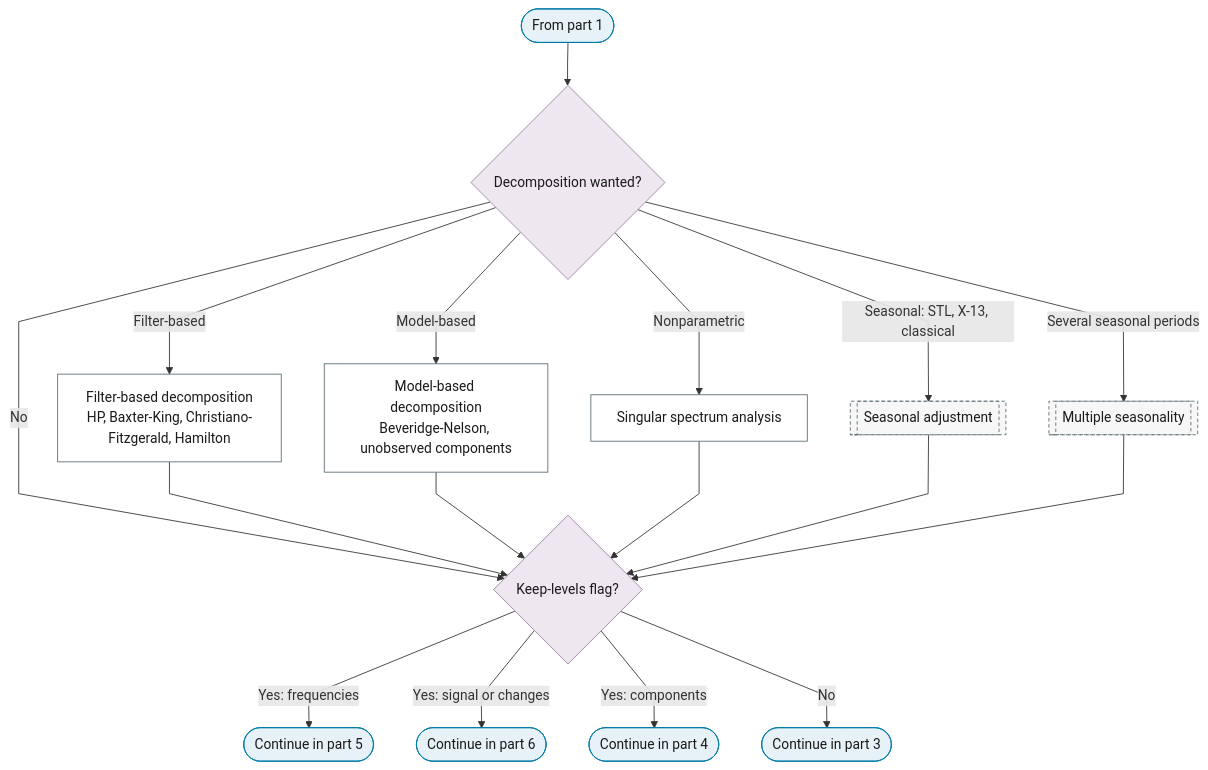
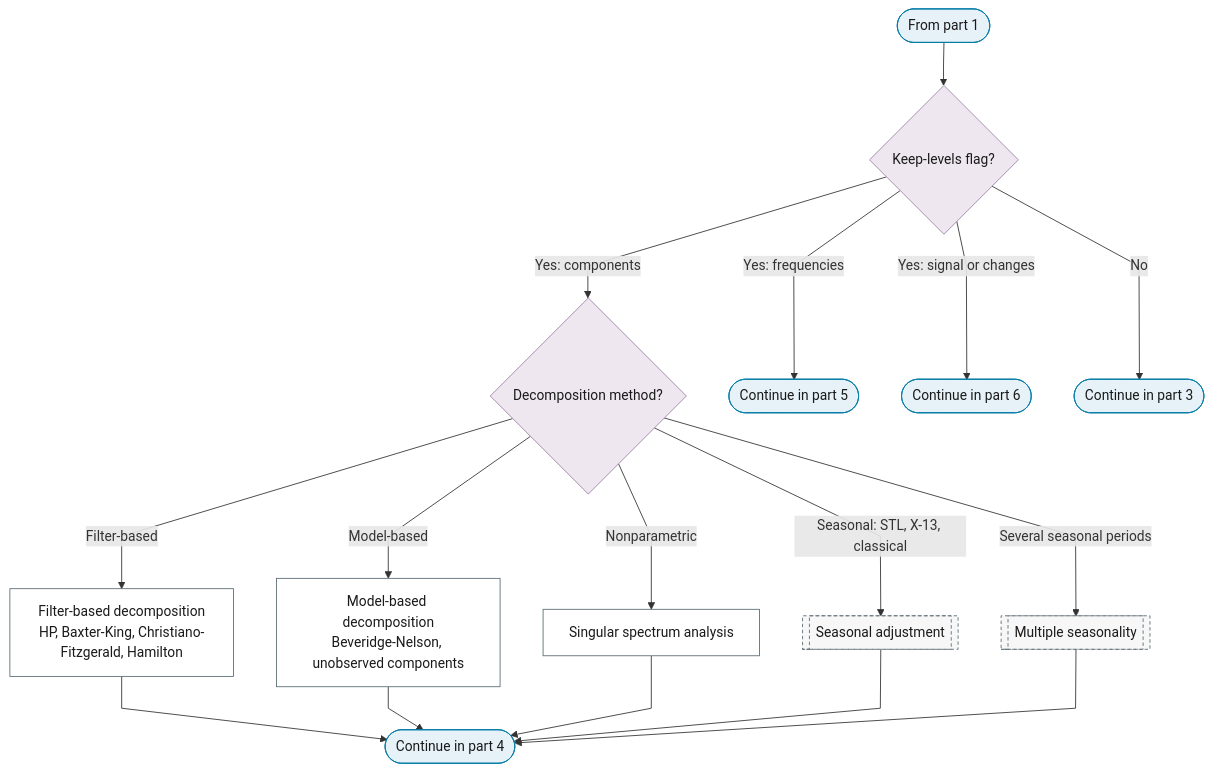
The second of 6 diagrams in docs/01-workflow/p04-transformations.md (Shuxin-Y/time-series-analysis-manual), drawn with Mermaid before and after one commit. The commit also changed other lines of this file and 14 other files, not shown here.

````diff
--- a/docs/01-workflow/p04-transformations.md
+++ b/docs/01-workflow/p04-transformations.md
@@ -49,29 +49,29 @@
 ```mermaid
 %%{init: {"flowchart": {"curve": "linear"}}}%%
 graph TD
-    P4_PART_2_IN(["From part 1"]) --> P4_DECOMP{"Decomposition wanted?"}
+    P4_PART_2_IN(["From part 1"]) --> P4_KEEP_LEVELS{"Keep-levels flag?"}
+    P4_KEEP_LEVELS -->|"Yes: components"| P4_DECOMP{"Decomposition method?"}
+    P4_KEEP_LEVELS -->|"Yes: frequencies"| P4_TO_PART_5(["Continue in part 5"])
+    P4_KEEP_LEVELS -->|"Yes: signal or changes"| P4_TO_PART_6(["Continue in part 6"])
+    P4_KEEP_LEVELS -->|"No"| P4_TO_PART_3(["Continue in part 3"])
     P4_DECOMP -->|"Filter-based"| P4_FILTER_DECOMPOSITION["Filter-based decomposition<br/>HP, Baxter-King, Christiano-Fitzgerald, Hamilton"]
     P4_DECOMP -->|"Model-based"| P4_MODEL_DECOMPOSITION["Model-based decomposition<br/>Beveridge-Nelson, unobserved components"]
     P4_DECOMP -->|"Nonparametric"| P4_SSA["Singular spectrum analysis"]
     P4_DECOMP -->|"Seasonal: STL, X-13, classical"| P4_SEASONAL_ADJUSTMENT[["Seasonal adjustment"]]
     P4_DECOMP -->|"Several seasonal periods"| P4_MULTIPLE_SEASONALITY[["Multiple seasonality"]]
-    P4_DECOMP -->|"No"| P4_KEEP_LEVELS
-    P4_FILTER_DECOMPOSITION & P4_MODEL_DECOMPOSITION & P4_SSA --> P4_KEEP_LEVELS
-    P4_SEASONAL_ADJUSTMENT & P4_MULTIPLE_SEASONALITY --> P4_KEEP_LEVELS{"Keep-levels flag?"}
-    P4_KEEP_LEVELS -->|"Yes: frequencies"| P4_TO_PART_5(["Continue in part 5"])
-    P4_KEEP_LEVELS -->|"Yes: signal or changes"| P4_TO_PART_6(["Continue in part 6"])
-    P4_KEEP_LEVELS -->|"Yes: components"| P4_COMPONENTS_TO_PART_4(["Continue in part 4"])
-    P4_KEEP_LEVELS -->|"No"| P4_TO_PART_3(["Continue in part 3"])
+    P4_FILTER_DECOMPOSITION & P4_MODEL_DECOMPOSITION & P4_SSA --> P4_COMPONENTS_TO_PART_4
+    P4_SEASONAL_ADJUSTMENT & P4_MULTIPLE_SEASONALITY --> P4_COMPONENTS_TO_PART_4
+    P4_COMPONENTS_TO_PART_4(["Continue in part 4"])
     class P4_PART_2_IN,P4_TO_PART_5,P4_TO_PART_6,P4_COMPONENTS_TO_PART_4,P4_TO_PART_3 terminator
     class P4_DECOMP,P4_KEEP_LEVELS decision
     class P4_FILTER_DECOMPOSITION,P4_MODEL_DECOMPOSITION,P4_SSA process
     class P4_SEASONAL_ADJUSTMENT,P4_MULTIPLE_SEASONALITY ref
     classDef terminator fill:#E6F2F7,stroke:#007BA7,color:#1A1A1A;
     classDef process fill:#FFFFFF,stroke:#5A6B73,color:#1A1A1A;
     classDef decision fill:#EFE7F0,stroke:#9B7FA7,color:#1A1A1A;
     classDef data fill:#FFF4E0,stroke:#C9A55E,color:#1A1A1A;
     classDef good fill:#DCEFD8,stroke:#4A7A3F,color:#1A1A1A;
     classDef escalate fill:#FFE9C2,stroke:#C9A55E,color:#1A1A1A;
     classDef problem fill:#F2D9DE,stroke:#800020,color:#1A1A1A;
     classDef ref fill:#F7F7F7,stroke:#5A6B73,color:#1A1A1A,stroke-dasharray:4 3;
 ```
````
